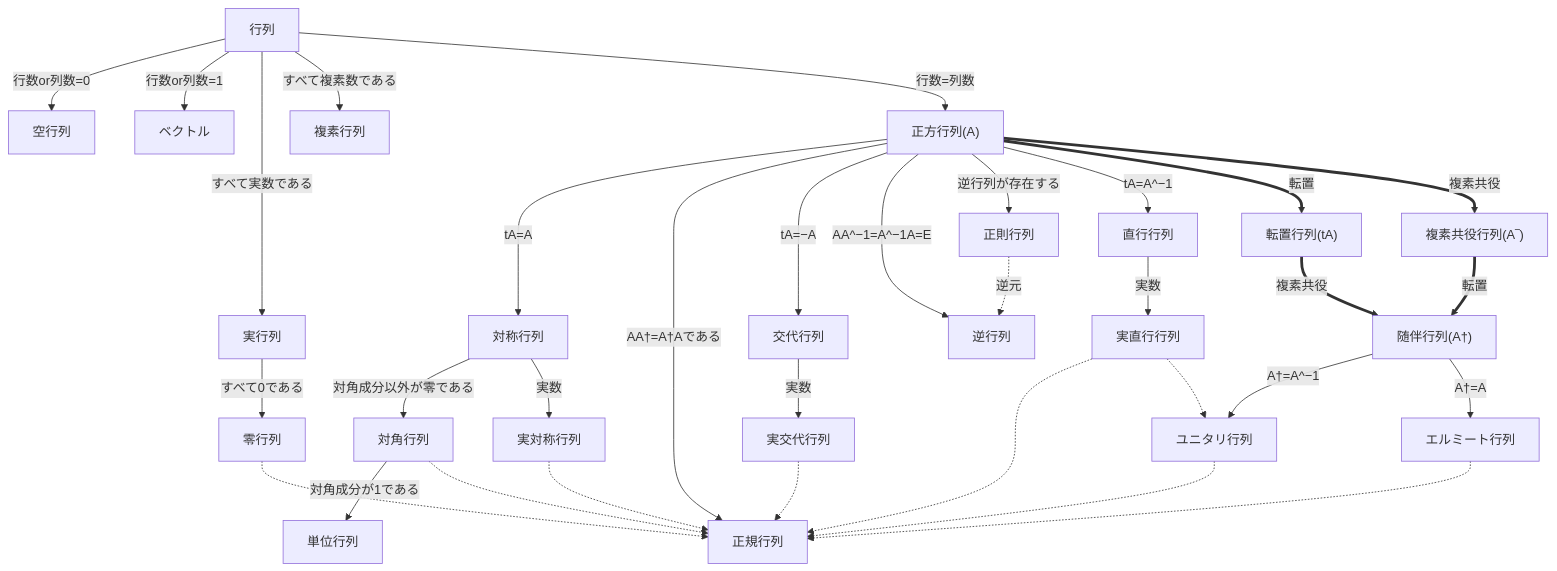
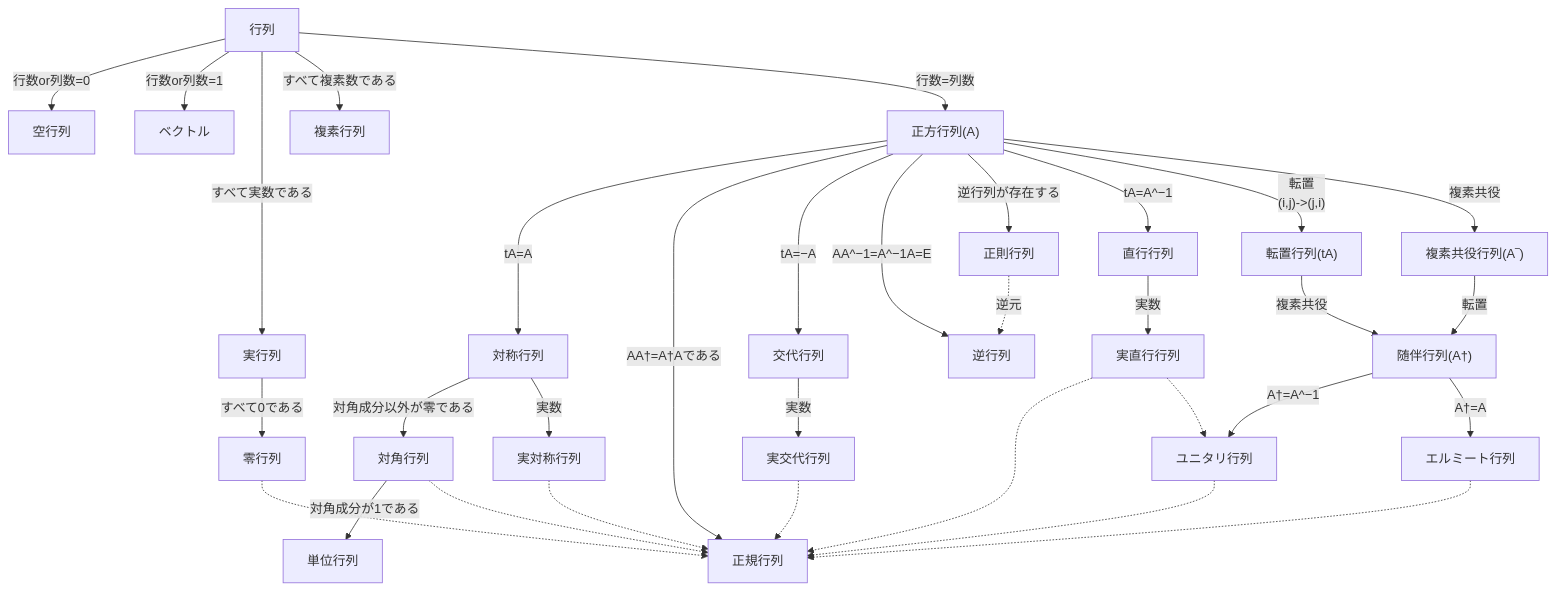
Before and after one commit to GOAMI-Takaaki/physics: the diagram in Matrix.md, drawn with Mermaid. The commit also changed other lines of this file, not shown here.

Commit message:
Add theory detail

````diff
--- a/Matrix.md
+++ b/Matrix.md
@@ -18,77 +18,77 @@
 ```mermaid
 flowchart TD
     matrix["行列"]
 
     empty["空行列"]
     vector["ベクトル"]
 
     real["実行列"]
     zero["零行列"]
     complex["複素行列"]
 
     square["正方行列(A)"]
 
     symmetric["対称行列"]
     realSymmetric["実対称行列"]
 
     diagonal["対角行列"]
     identity["単位行列"]
 
     antiSymmetric["交代行列"]
     realAntiSymmetric["実交代行列"]
 
     regular["正則行列"]
     inverse["逆行列"]
 
     orthogonal["直行行列"]
     realOrthogonal["実直行行列"]
     transpose["転置行列(tA)"]
     complexConjugate["複素共役行列(A‾)"]
 
     adjoint["随伴行列(A†)"]
     normal["正規行列"]
     hermitian["エルミート行列"]
     unitary["ユニタリ行列"]
 
     matrix --"行数or列数=0"--> empty
     matrix --"行数or列数=1"--> vector
 
     matrix --"すべて実数である"--> real
     real --"すべて0である"--> zero
     matrix --"すべて複素数である"--> complex
     matrix --"行数=列数"--> square
 
     square --"tA=A"--> symmetric
     symmetric --"対角成分以外が零である"--> diagonal
     symmetric --"実数"--> realSymmetric
     square --"AA†=A†Aである"--> normal
 
     diagonal --"対角成分が1である"--> identity
 
     square --"tA=−A"--> antiSymmetric
     antiSymmetric --"実数"--> realAntiSymmetric
 
     square --"AA^−1=A^−1A=E"--> inverse
     square --"逆行列が存在する"--> regular
     regular -."逆元".-> inverse
 
     square --"tA=A^−1"--> orthogonal
     orthogonal --"実数"--> realOrthogonal
 
-    square ==転置==> transpose
-    square ==複素共役==> complexConjugate
-    transpose ==複素共役==> adjoint
-    complexConjugate ==転置==> adjoint
+    square --"転置<br>(i,j)->(j,i)"--> transpose
+    square --複素共役--> complexConjugate
+    transpose --複素共役--> adjoint
+    complexConjugate --転置--> adjoint
 
     unitary -.-> normal
     zero -.-> normal
     realSymmetric -.-> normal
     realAntiSymmetric -.-> normal
     realOrthogonal -.-> normal
     diagonal -.-> normal
     hermitian -.-> normal
 
     realOrthogonal -.-> unitary
     adjoint --"A†=A^−1"--> unitary
     adjoint --"A†=A"--> hermitian
 ```
````
